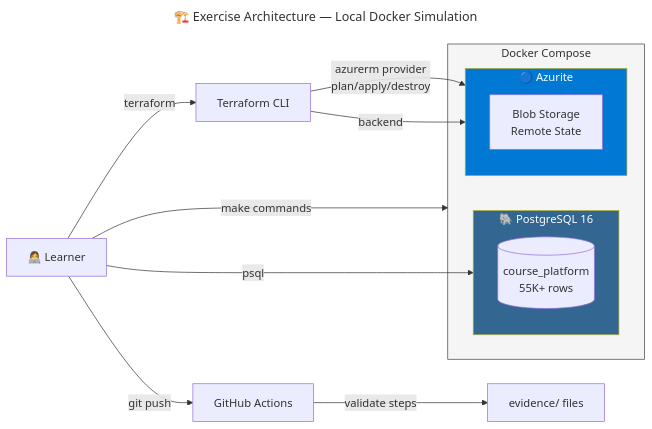
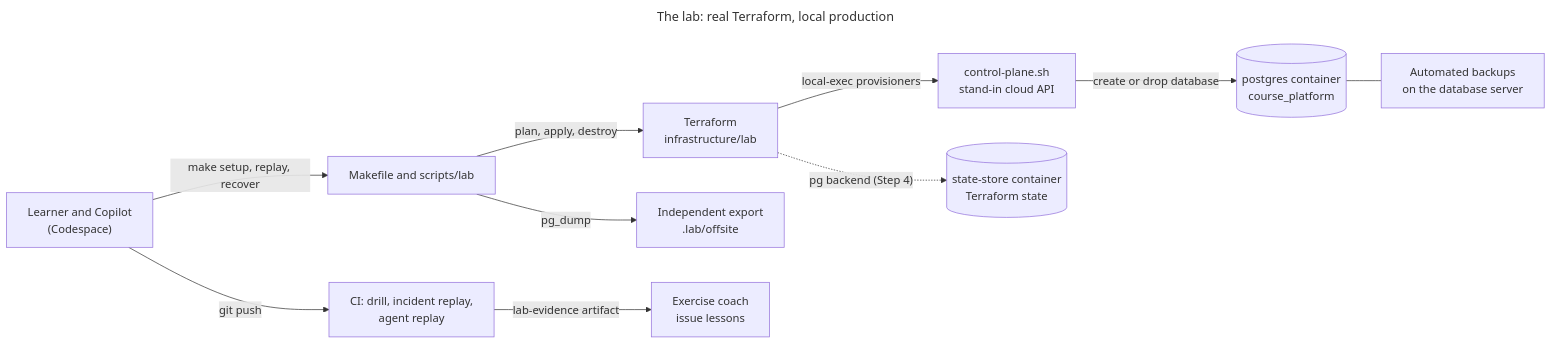
Before and after one commit to ragmha/prod-db-incident-sim: the diagram in docs/diagrams/architecture.mmd, drawn with Mermaid. The commit also changed 117 other files, not shown here.

First line of the commit message:
Turn the exercise into an agentic SDLC lab

```diff
--- a/docs/diagrams/architecture.mmd
+++ b/docs/diagrams/architecture.mmd
@@ -1,27 +1,13 @@
 ---
-title: "🏗️ Exercise Architecture — Local Docker Simulation"
+title: "The lab: real Terraform, local production"
 ---
 graph LR
-    subgraph Docker["Docker Compose"]
-        subgraph PG["🐘 PostgreSQL 16"]
-            DB[(course_platform<br/>55K+ rows)]
-        end
-
-        subgraph AZ["🔵 Azurite"]
-            Blob[Blob Storage<br/>Remote State]
-        end
-    end
-
-    TF[Terraform CLI] -->|azurerm provider<br/>plan/apply/destroy| AZ
-    TF -->|backend| AZ
-
-    Learner["👩‍💻 Learner"] -->|make commands| Docker
-    Learner -->|psql| PG
-    Learner -->|terraform| TF
-
-    GH[GitHub Actions] -->|validate steps| Evidence[evidence/ files]
-    Learner -->|git push| GH
-
-    style Docker fill:#f5f5f5,stroke:#424242
-    style PG fill:#336791,color:#fff
-    style AZ fill:#0078d4,color:#fff
+    Learner["Learner and Copilot<br/>(Codespace)"] -->|make setup, replay, recover| Make[Makefile and scripts/lab]
+    Make -->|plan, apply, destroy| TF[Terraform<br/>infrastructure/lab]
+    TF -->|local-exec provisioners| CP[control-plane.sh<br/>stand-in cloud API]
+    CP -->|create or drop database| PG[(postgres container<br/>course_platform)]
+    PG --- Snap[Automated backups<br/>on the database server]
+    Make -->|pg_dump| Offsite[Independent export<br/>.lab/offsite]
+    TF -. "pg backend (Step 4)" .-> State[(state-store container<br/>Terraform state)]
+    Learner -->|git push| CI[CI: drill, incident replay,<br/>agent replay]
+    CI -->|lab-evidence artifact| Coach[Exercise coach<br/>issue lessons]
```
